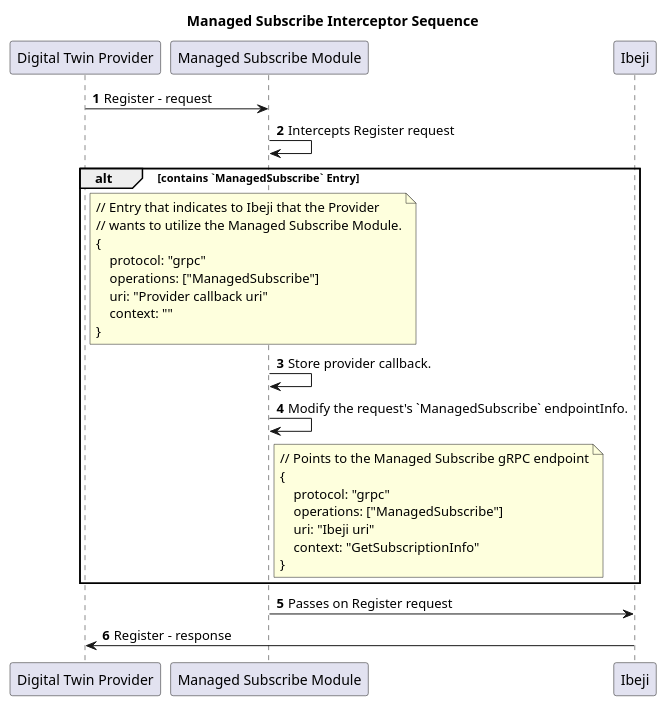
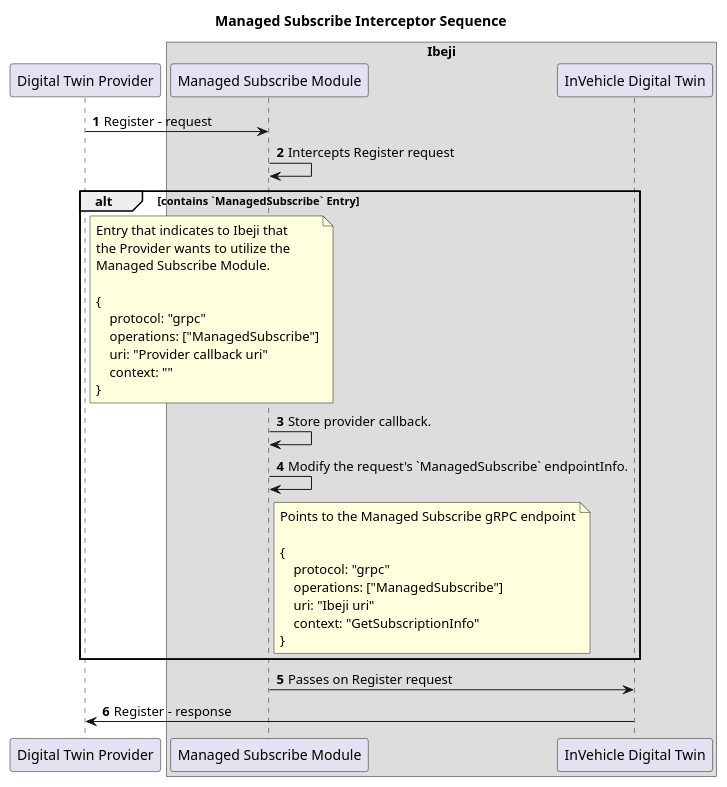
One commit to eclipse-ibeji/ibeji changed the diagram in docs/design/diagrams/managed_subscribe_interceptor_sequence.puml. Above: the diagram before and after it, drawn with PlantUML. The commit also changed 9 other files, not shown here.

First line of the commit message:
Update diagrams and Managed Subscribe Readme (#51)

```diff
--- a/docs/design/diagrams/managed_subscribe_interceptor_sequence.puml
+++ b/docs/design/diagrams/managed_subscribe_interceptor_sequence.puml
@@ -1,38 +1,43 @@
 @startuml Managed Subscribe Interceptor
 title Managed Subscribe Interceptor Sequence
 participant "Digital Twin Provider" as DTProvider
+box "Ibeji"
 participant "Managed Subscribe Module" as ManagedSubscribeModule
-participant Ibeji
+participant "InVehicle Digital Twin" as Ibeji
+end box
 
 autonumber
 
 DTProvider -> ManagedSubscribeModule: Register - request
 ManagedSubscribeModule -> ManagedSubscribeModule: Intercepts Register request
 
 alt contains `ManagedSubscribe` Entry
 note right of DTProvider
-// Entry that indicates to Ibeji that the Provider
-// wants to utilize the Managed Subscribe Module.
+Entry that indicates to Ibeji that
+the Provider wants to utilize the
+Managed Subscribe Module.
+
 {
     protocol: "grpc"
     operations: ["ManagedSubscribe"]
     uri: "Provider callback uri"
     context: ""
 }
 end note
 ManagedSubscribeModule -> ManagedSubscribeModule: Store provider callback.
 ManagedSubscribeModule -> ManagedSubscribeModule: Modify the request's `ManagedSubscribe` endpointInfo.
 note right of ManagedSubscribeModule
-// Points to the Managed Subscribe gRPC endpoint
+Points to the Managed Subscribe gRPC endpoint
+
 {
     protocol: "grpc"
     operations: ["ManagedSubscribe"]
     uri: "Ibeji uri"
     context: "GetSubscriptionInfo"
 }
 end note
 end
 
 Ibeji <- ManagedSubscribeModule: Passes on Register request
 Ibeji -> DTProvider: Register - response
 @enduml
```
